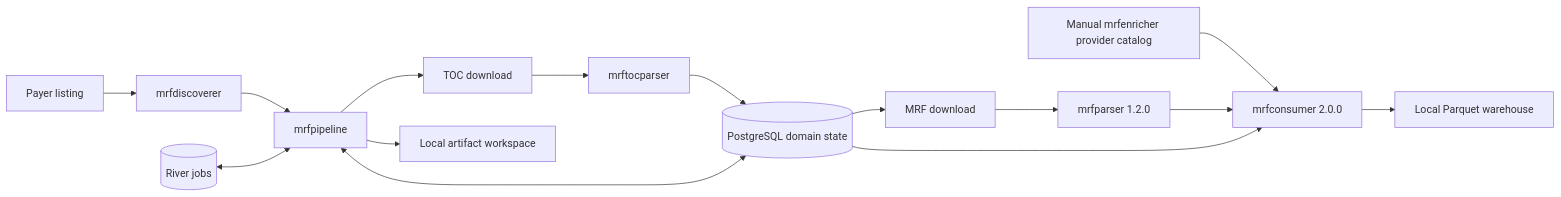
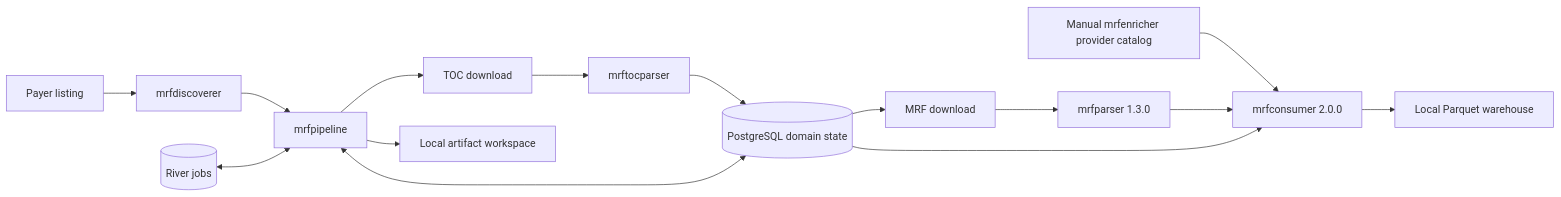
Before and after one commit to EnotPoloskun/mrfpipeline: the second of 4 diagrams in requirements/DESIGN.md, drawn with Mermaid. The commit also changed other lines of this file and 15 other files, not shown here.

````diff
--- a/requirements/DESIGN.md
+++ b/requirements/DESIGN.md
@@ -573,21 +573,21 @@
 ```mermaid
 flowchart LR
     Listing["Payer listing"] --> D["mrfdiscoverer"]
     D --> O["mrfpipeline"]
 
     O --> TD["TOC download"]
     TD --> TP["mrftocparser"]
     TP --> DB[("PostgreSQL domain state")]
 
     DB --> MD["MRF download"]
-    MD --> MP["mrfparser 1.2.0"]
+    MD --> MP["mrfparser 1.3.0"]
 
     PC["Manual mrfenricher provider catalog"] --> C["mrfconsumer 2.0.0"]
     MP --> C
     DB --> C
     C --> W["Local Parquet warehouse"]
 
     R[("River jobs")] <--> O
     O <--> DB
     O --> A["Local artifact workspace"]
 ```
````
